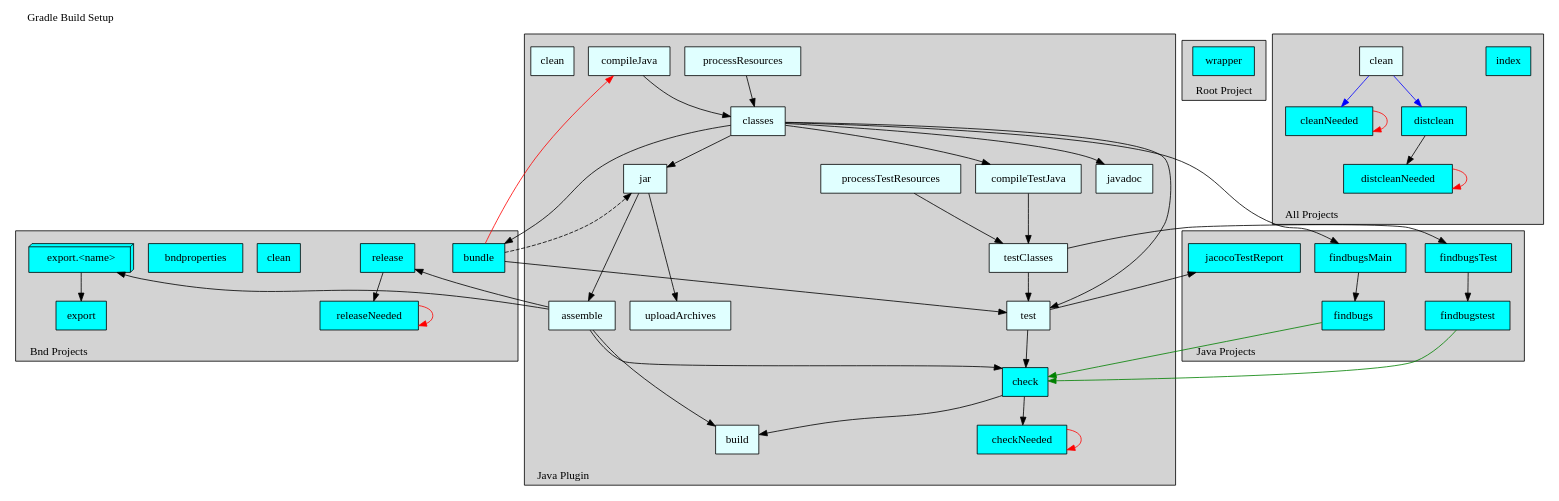
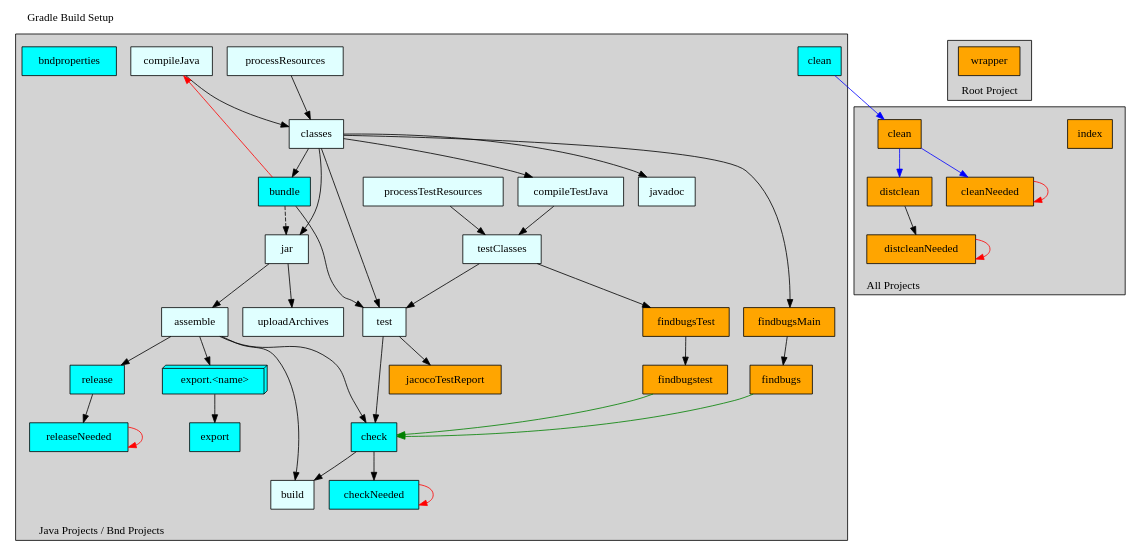
One commit to paulvi/bndtoolsPlugins changed the diagram in nl.pelagic.bndtools.headless.build.plugin.gradle/resources/templates/unprocessed/cnf/gradle/doc/template.dot. Above: the diagram before and after it, drawn with Graphviz. The commit also changed 5 other files, not shown here.

```diff
--- a/nl.pelagic.bndtools.headless.build.plugin.gradle/resources/templates/unprocessed/cnf/gradle/doc/template.dot
+++ b/nl.pelagic.bndtools.headless.build.plugin.gradle/resources/templates/unprocessed/cnf/gradle/doc/template.dot
@@ -1,196 +1,170 @@
 /*
  * WARNING
  *
  * This file is maintained automatically by Bndtools.
  * You should not edit it.
  *
  * See the BUILDING-GRADLE.md document in the root project for more details.
  *
  * To create an SVG diagram from this file, install graphviz and run:
  *   dot -Tsvg "$1.dot" -o "$1.svg"   (on a Linux   machine)
  *   dot -Tsvg "%1.dot" -o "%1.svg"   (on a Windows machine)
  */
 
 
 digraph GradleSetup {
   label="Gradle Build Setup"
   labelloc=t
   labeljust=l
 
   subgraph cluster1 {
-    label="Java Plugin";
+    label="Java Projects / Bnd Projects";
     labelloc=b
     labeljust=l
     style=filled;
     fillcolor=lightgrey;
     color=black;
 
     subgraph cluster11 {
       label="";
       style=invis;
       compileJava          [shape=box, style=filled, fillcolor=lightcyan, label="compileJava"         ]
       processResources     [shape=box, style=filled, fillcolor=lightcyan, label="processResources"    ]
       classes              [shape=box, style=filled, fillcolor=lightcyan, label="classes"             ]
       jar                  [shape=box, style=filled, fillcolor=lightcyan, label="jar"                 ]
+      bundle               [shape=box, style=filled, fillcolor=cyan     , label="bundle"              ]
     }
 
     subgraph cluster12 {
       label="";
       style=invis;
       compileTestJava      [shape=box, style=filled, fillcolor=lightcyan, label="compileTestJava"     ]
       processTestResources [shape=box, style=filled, fillcolor=lightcyan, label="processTestResources"]
       testClasses          [shape=box, style=filled, fillcolor=lightcyan, label="testClasses"         ]
       test                 [shape=box, style=filled, fillcolor=lightcyan, label="test"                ]
-      check                [shape=box, style=filled, fillcolor=cyan     , label="check"               ]
-      checkNeeded          [shape=box, style=filled, fillcolor=cyan     , label="checkNeeded"         ]
+      jacocoTestReport     [shape=box, style=filled, fillcolor=orange   , label="jacocoTestReport"    ]
     }
 
     subgraph cluster13 {
       label="";
       style=invis;
       uploadArchives       [shape=box, style=filled, fillcolor=lightcyan, label="uploadArchives"      ]
       assemble             [shape=box, style=filled, fillcolor=lightcyan, label="assemble"            ]
     }
 
+    subgraph cluster14 {
+      label="";
+      style=invis;
+      check                [shape=box, style=filled, fillcolor=cyan     , label="check"               ]
+      checkNeeded          [shape=box, style=filled, fillcolor=cyan     , label="checkNeeded"         ]
+    }
+
+    subgraph cluster15 {
+      label="";
+      style=invis;
+      release              [shape=box, style=filled, fillcolor=cyan     , label="release"             ]
+      releaseNeeded        [shape=box, style=filled, fillcolor=cyan     , label="releaseNeeded"       ]
+    }
+
+    subgraph cluster16 {
+      label="";
+      style=invis;
+      exportX              [shape=box3d, style=filled, fillcolor=cyan   , label="export.<name>"       ]
+      export               [shape=box  , style=filled, fillcolor=cyan   , label="export"              ]
+    }
+
+    subgraph cluster17 {
+      label="";
+      style=invis;
+      findbugs             [shape=box, style=filled, fillcolor=orange   , label="findbugs"            ]
+      findbugsMain         [shape=box, style=filled, fillcolor=orange   , label="findbugsMain"        ]
+      findbugstest         [shape=box, style=filled, fillcolor=orange   , label="findbugstest"        ]
+      findbugsTest         [shape=box, style=filled, fillcolor=orange   , label="findbugsTest"        ]
+    }
+
     build                  [shape=box, style=filled, fillcolor=lightcyan, label="build"               ]
     javadoc                [shape=box, style=filled, fillcolor=lightcyan, label="javadoc"             ]
-    cleanJava              [shape=box, style=filled, fillcolor=lightcyan, label="clean"               ]
+    clean                  [shape=box, style=filled, fillcolor=cyan     , label="clean"               ]
+    bndproperties          [shape=box, style=filled, fillcolor=cyan     , label="bndproperties"       ]
 
     compileJava            -> classes
     processResources       -> classes
     classes                -> javadoc
     classes                -> test
     classes                -> compileTestJava
     classes                -> jar
     compileTestJava        -> testClasses
     processTestResources   -> testClasses
     jar                    -> uploadArchives
     jar                    -> assemble
     testClasses            -> test
     assemble               -> build
     assemble               -> check
     test                   -> check
     check                  -> checkNeeded
     checkNeeded            -> checkNeeded        [color=red   ]
     check                  -> build
-  }
-
-
-  subgraph cluster2 {
-    label="Bnd Projects";
-    labelloc=b
-    labeljust=l
-    style=filled;
-    fillcolor=lightgrey;
-    color=black;
-
-    subgraph cluster21 {
-      label="";
-      style=invis;
-      bundle               [shape=box, style=filled, fillcolor=cyan     , label="bundle"              ]
-    }
-
-    subgraph cluster22 {
-      label="";
-      style=invis;
-      release              [shape=box, style=filled, fillcolor=cyan     , label="release"             ]
-      releaseNeeded        [shape=box, style=filled, fillcolor=cyan     , label="releaseNeeded"       ]
-    }
-
-    subgraph cluster23 {
-      label="";
-      style=invis;
-      cleanBnd             [shape=box,   style=filled, fillcolor=cyan   , label="clean"               ]
-      bndproperties        [shape=box,   style=filled, fillcolor=cyan   , label="bndproperties"       ]
-      exportX              [shape=box3d, style=filled, fillcolor=cyan   , label="export.<name>"       ]
-      export               [shape=box,   style=filled, fillcolor=cyan   , label="export"              ]
-    }
 
     classes                -> bundle
     bundle                 -> compileJava        [color=red   ]
     bundle                 -> jar                [style=dashed]
     bundle                 -> test
     assemble               -> release
     assemble               -> exportX
     exportX                -> export
     release                -> releaseNeeded
     releaseNeeded          -> releaseNeeded      [color=red   ]
-  }
-
-
-  subgraph cluster3 {
-    label="Root Project";
-    labelloc=b
-    labeljust=l
-    style=filled;
-    fillcolor=lightgrey;
-    color=black;
-
-    wrapper                [shape=box, style=filled, fillcolor=cyan     , label="wrapper"             ]
-  }
-
-
-  subgraph cluster4 {
-    label="Java Projects";
-    labelloc=b
-    labeljust=l
-    style=filled;
-    fillcolor=lightgrey;
-    color=black;
-
-    subgraph cluster41 {
-      label="";
-      style=invis;
-      findbugstest         [shape=box, style=filled, fillcolor=cyan     , label="findbugstest"        ]
-      findbugsTest         [shape=box, style=filled, fillcolor=cyan     , label="findbugsTest"        ]
-    }
-
-    subgraph cluster42 {
-      label="";
-      style=invis;
-      findbugs             [shape=box, style=filled, fillcolor=cyan     , label="findbugs"            ]
-      findbugsMain         [shape=box, style=filled, fillcolor=cyan     , label="findbugsMain"        ]
-    }
-
-    jacocoTestReport       [shape=box, style=filled, fillcolor=cyan     , label="jacocoTestReport"    ]
 
     classes                -> findbugsMain
     testClasses            -> findbugsTest
     findbugsMain           -> findbugs
     findbugsTest           -> findbugstest
     findbugs               -> check              [color=green ]
     findbugstest           -> check              [color=green ]
     test                   -> jacocoTestReport
   }
 
 
-  subgraph cluster5 {
+  subgraph cluster2 {
+    label="Root Project";
+    labelloc=b
+    labeljust=l
+    style=filled;
+    fillcolor=lightgrey;
+    color=black;
+
+    wrapper                [shape=box, style=filled, fillcolor=orange   , label="wrapper"             ]
+  }
+
+
+  subgraph cluster3 {
     label="All Projects";
     labelloc=b
     labeljust=l
     style=filled;
     fillcolor=lightgrey;
     color=black;
 
-    subgraph cluster21 {
+    subgraph cluster31 {
       label="";
       style=invis;
-      index                [shape=box, style=filled, fillcolor=cyan     , label="index"               ]
+      index                [shape=box, style=filled, fillcolor=orange   , label="index"               ]
     }
 
-    subgraph cluster22 {
+    subgraph cluster32 {
       label="";
       style=invis;
-      clean                [shape=box, style=filled, fillcolor=lightcyan, label="clean"               ]
-      cleanNeeded          [shape=box, style=filled, fillcolor=cyan     , label="cleanNeeded"         ]
-      distclean            [shape=box, style=filled, fillcolor=cyan     , label="distclean"           ]
-      distcleanNeeded      [shape=box, style=filled, fillcolor=cyan     , label="distcleanNeeded"     ]
+      cleanAll             [shape=box, style=filled, fillcolor=orange   , label="clean"               ]
+      cleanAllNeeded       [shape=box, style=filled, fillcolor=orange   , label="cleanNeeded"         ]
+      distclean            [shape=box, style=filled, fillcolor=orange   , label="distclean"           ]
+      distcleanNeeded      [shape=box, style=filled, fillcolor=orange   , label="distcleanNeeded"     ]
     }
 
-    clean                  -> cleanNeeded        [color=blue  ]
-    cleanNeeded            -> cleanNeeded        [color=red   ]
-    clean                  -> distclean          [color=blue  ]
+    clean                  -> cleanAll           [color=blue  ]
+    cleanAll               -> cleanAllNeeded     [color=blue  ]
+    cleanAllNeeded         -> cleanAllNeeded     [color=red   ]
+    cleanAll               -> distclean          [color=blue  ]
     distclean              -> distcleanNeeded
     distcleanNeeded        -> distcleanNeeded    [color=red   ]
   }
 }
```
